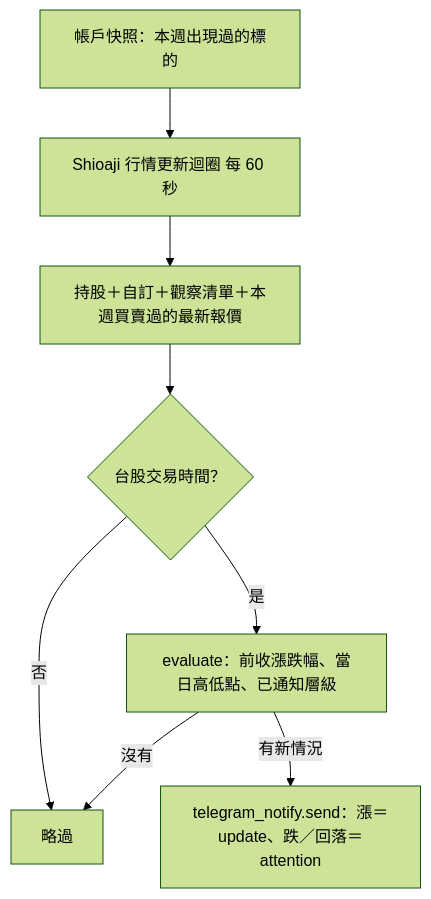
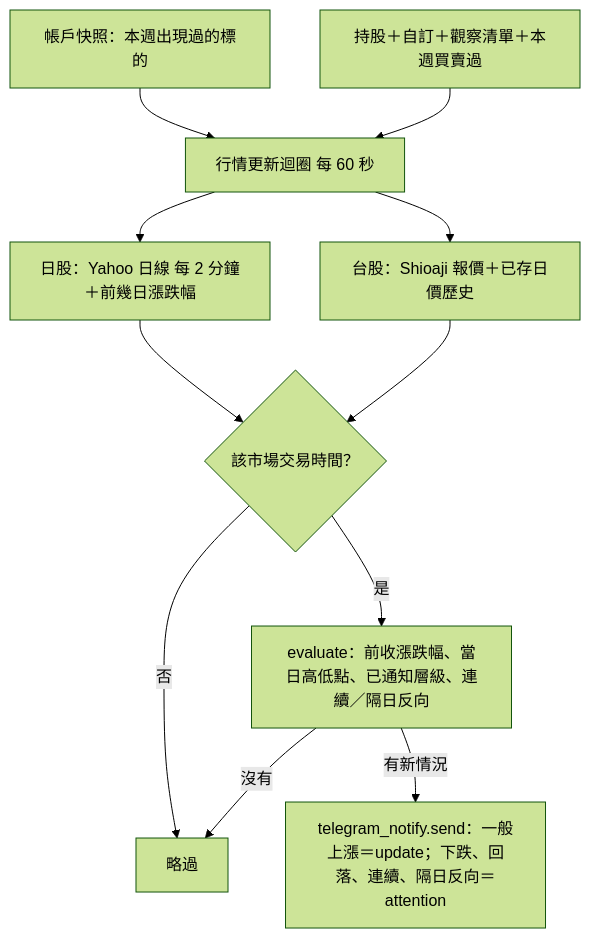
Before and after one commit to Vinskao/maya-sawa: the diagram in docs/INTRADAY_ALERTS.md, drawn with Mermaid (forest theme). The commit also changed other lines of this file and 3 other files, not shown here.

First line of the commit message:
盤中警示加入日股（Yahoo 日線）、連續兩天以上 5%、隔日反向 5% 特別標註

````diff
--- a/docs/INTRADAY_ALERTS.md
+++ b/docs/INTRADAY_ALERTS.md
@@ -20,10 +27,13 @@
 ```mermaid
 flowchart TD
     W[帳戶快照：本週出現過的標的] --> R
-    R[Shioaji 行情更新迴圈 每 60 秒] --> Q[持股＋自訂＋觀察清單＋本週買賣過的最新報價]
-    Q --> H{台股交易時間？}
+    R[行情更新迴圈 每 60 秒] --> Q[台股：Shioaji 報價＋已存日價歷史]
+    R --> J[日股：Yahoo 日線 每 2 分鐘＋前幾日漲跌幅]
+    J --> H
+    R2[持股＋自訂＋觀察清單＋本週買賣過] --> R
+    Q --> H{該市場交易時間？}
     H -->|否| X[略過]
-    H -->|是| E[evaluate：前收漲跌幅、當日高低點、已通知層級]
-    E -->|有新情況| T[telegram_notify.send：漲＝update、跌／回落＝attention]
+    H -->|是| E[evaluate：前收漲跌幅、當日高低點、已通知層級、連續／隔日反向]
+    E -->|有新情況| T[telegram_notify.send：一般上漲＝update；下跌、回落、連續、隔日反向＝attention]
     E -->|沒有| X
 ```
````
